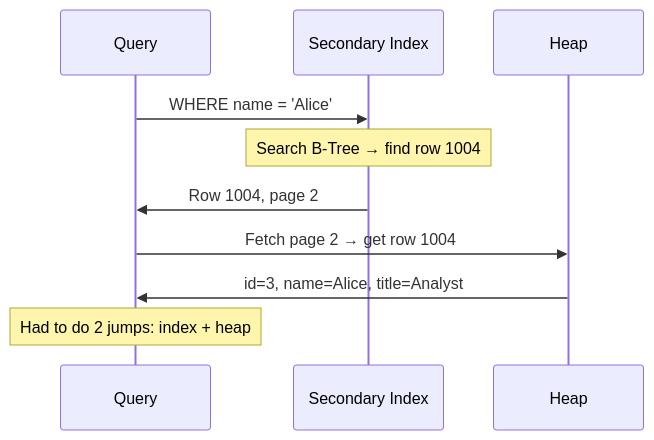
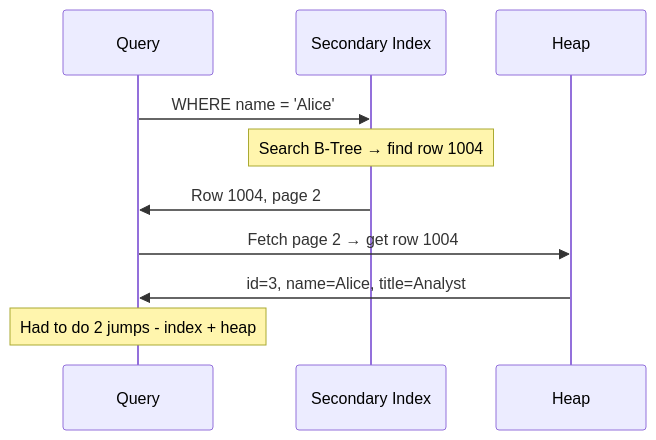
Before and after one commit to Patel-Neel-346/Notes: the second of 4 diagrams in Database/Database Internals/Primary Key vs Secondary Key.md, drawn with Mermaid. The commit also changed other lines of this file and 9 other files, not shown here.

````diff
--- a/Database/Database Internals/Primary Key vs Secondary Key.md
+++ b/Database/Database Internals/Primary Key vs Secondary Key.md
@@ -119,14 +119,14 @@
 ```mermaid
 sequenceDiagram
     participant Q as Query
     participant Idx as Secondary Index
     participant Heap as Heap
 
     Q->>Idx: WHERE name = 'Alice'
     Note over Idx: Search B-Tree → find row 1004
     Idx->>Q: Row 1004, page 2
 
     Q->>Heap: Fetch page 2 → get row 1004
     Heap->>Q: id=3, name=Alice, title=Analyst
-    Note over Q: Had to do 2 jumps: index + heap
+    Note over Q: Had to do 2 jumps - index + heap
 ```
````
